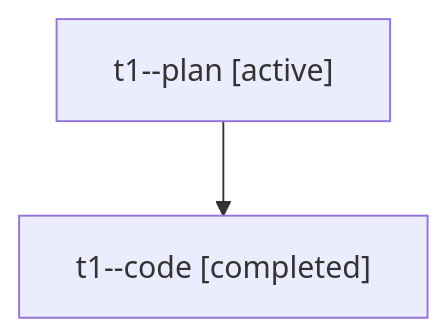
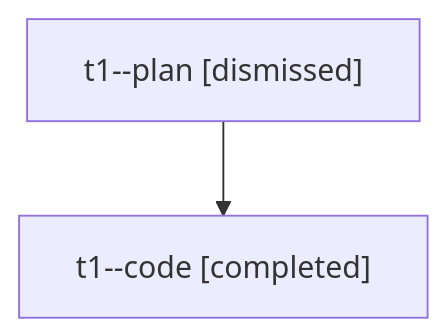
Before and after one commit to bobs-org/bob-cli--agents: the diagram in sessions/bbugyi200.athena.t1.md, drawn with Mermaid. The commit also changed other lines of this file and 40 other files, not shown here.

````diff
--- a/sessions/bbugyi200.athena.t1.md
+++ b/sessions/bbugyi200.athena.t1.md
@@ -9,6 +9,6 @@
 ```mermaid
 flowchart TD
-  n0["t1--plan [active]"]
+  n0["t1--plan [dismissed]"]
   n1["t1--code [completed]"]
   n0 --> n1
 ```
````
